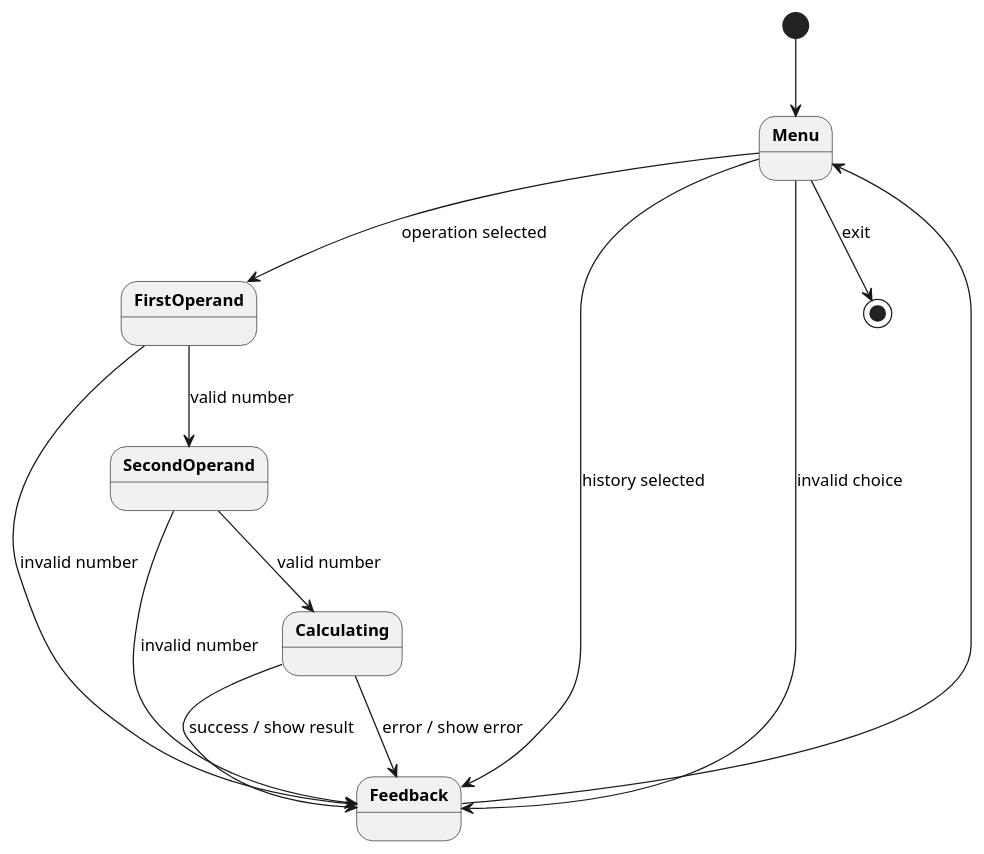
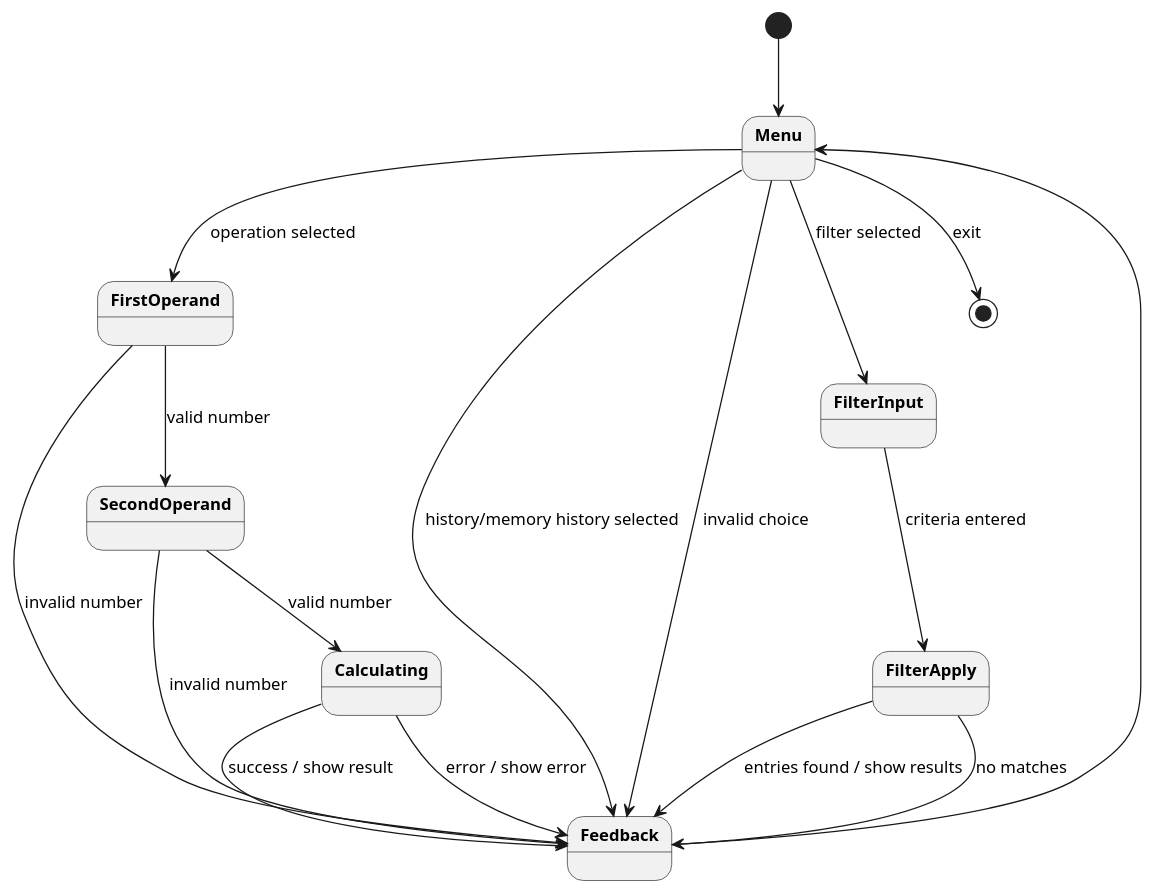
Before and after one commit to DanielRiha8906/Software_autoevolution_using_agents: the diagram in experiments/broadcast/user_stories/calculator/artifacts/state_diagram_interactive.puml, drawn with PlantUML. The commit also changed 6 other files, not shown here.

```diff
--- a/experiments/broadcast/user_stories/calculator/artifacts/state_diagram_interactive.puml
+++ b/experiments/broadcast/user_stories/calculator/artifacts/state_diagram_interactive.puml
@@ -1,25 +1,31 @@
 @startuml
 
 skinparam defaultFontSize 13
 skinparam stateFontStyle bold
 
 top to bottom direction
 
 [*] --> Menu
 
 Menu --> FirstOperand : operation selected
-Menu --> Feedback : history selected
+Menu --> Feedback : history/memory history selected
+Menu --> FilterInput : filter selected
 Menu --> Feedback : invalid choice
 Menu --> [*] : exit
 
 FirstOperand --> SecondOperand : valid number
 FirstOperand --> Feedback : invalid number
 
 SecondOperand --> Calculating : valid number
 SecondOperand --> Feedback : invalid number
 
 Calculating --> Feedback : success / show result
 Calculating --> Feedback : error / show error
+
+FilterInput --> FilterApply : criteria entered
+FilterApply --> Feedback : entries found / show results
+FilterApply --> Feedback : no matches
+
 Feedback --> Menu
 
 @enduml
```
